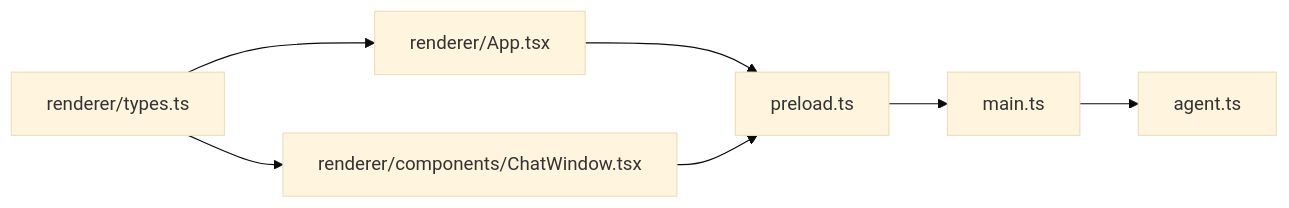
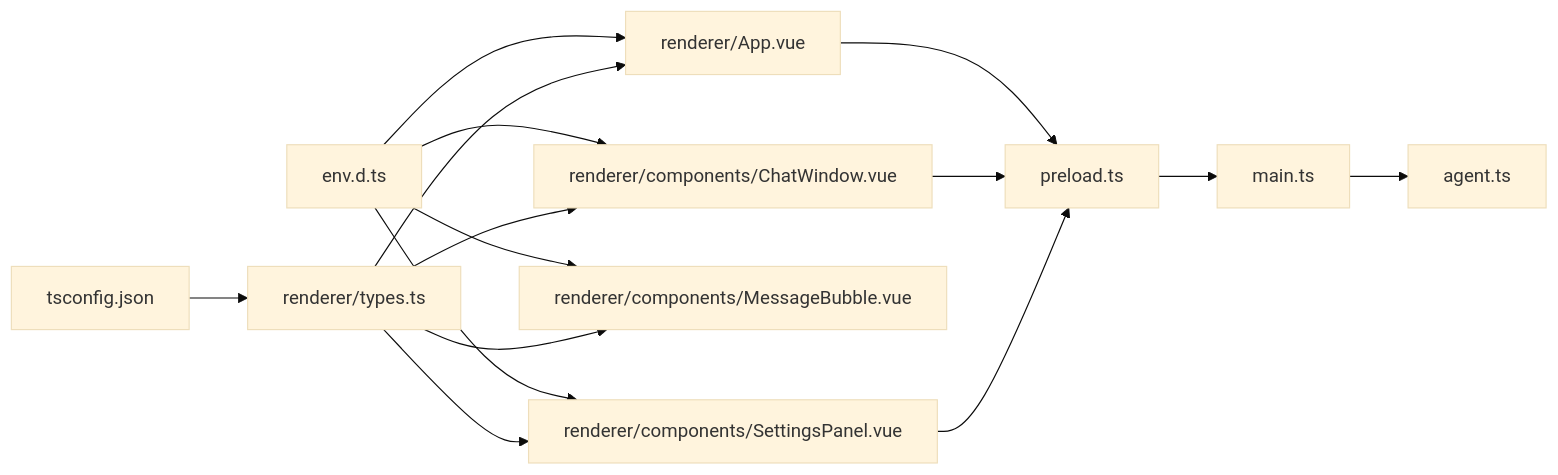
One commit to hallllla/QAQ-Agent changed the fifth of 5 diagrams in .qoder/repowiki/zh/content/数据流与状态管理/TypeScript 类型系统.md. Above: the diagram before and after it, drawn with Mermaid (base theme). The commit also changed other lines of this file and 23 other files, not shown here.

````diff
--- a/.qoder/repowiki/zh/content/数据流与状态管理/TypeScript 类型系统.md
+++ b/.qoder/repowiki/zh/content/数据流与状态管理/TypeScript 类型系统.md
@@ -294,15 +394,27 @@
 ```mermaid
 graph LR
+TSConfig["tsconfig.json"]
+EnvDTS["env.d.ts"]
 Types["renderer/types.ts"]
-App["renderer/App.tsx"]
-Chat["renderer/components/ChatWindow.tsx"]
+App["renderer/App.vue"]
+Chat["renderer/components/ChatWindow.vue"]
+Message["renderer/components/MessageBubble.vue"]
+Settings["renderer/components/SettingsPanel.vue"]
 Preload["preload.ts"]
 Main["main.ts"]
 Agent["agent.ts"]
+TSConfig --> Types
+EnvDTS --> App
+EnvDTS --> Chat
+EnvDTS --> Message
+EnvDTS --> Settings
 Types --> App
 Types --> Chat
+Types --> Message
+Types --> Settings
 App --> Preload
 Chat --> Preload
+Settings --> Preload
 Preload --> Main
 Main --> Agent
 ```
````
